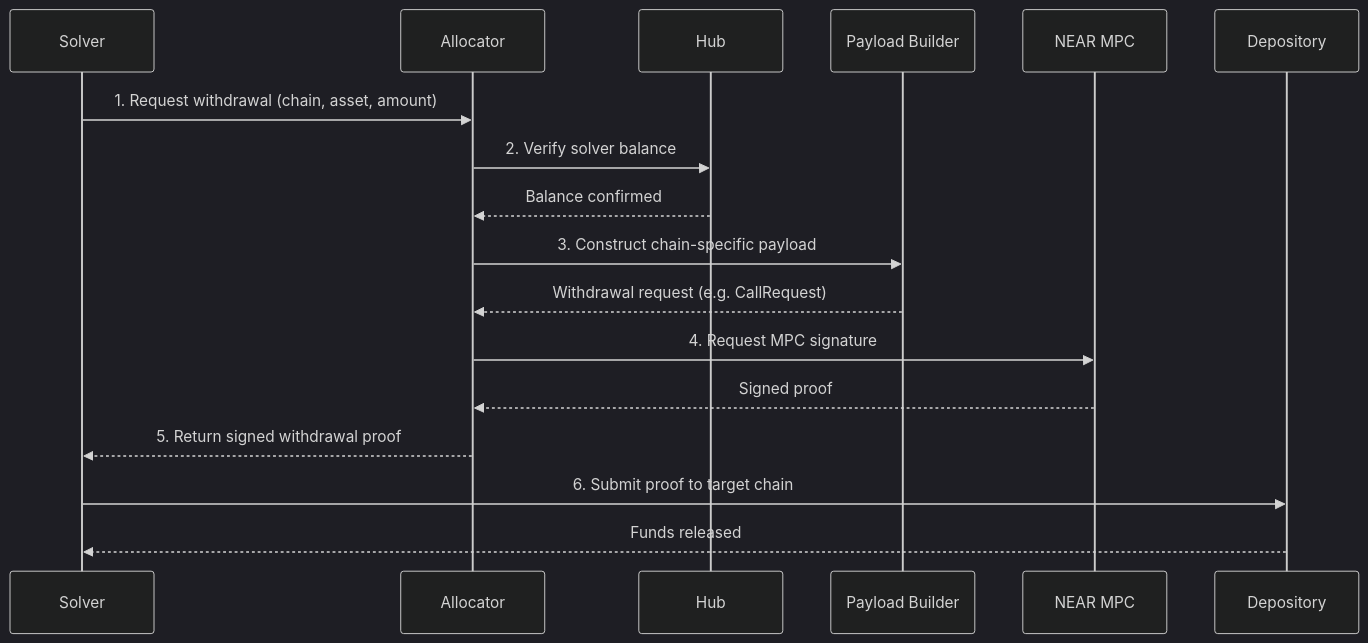
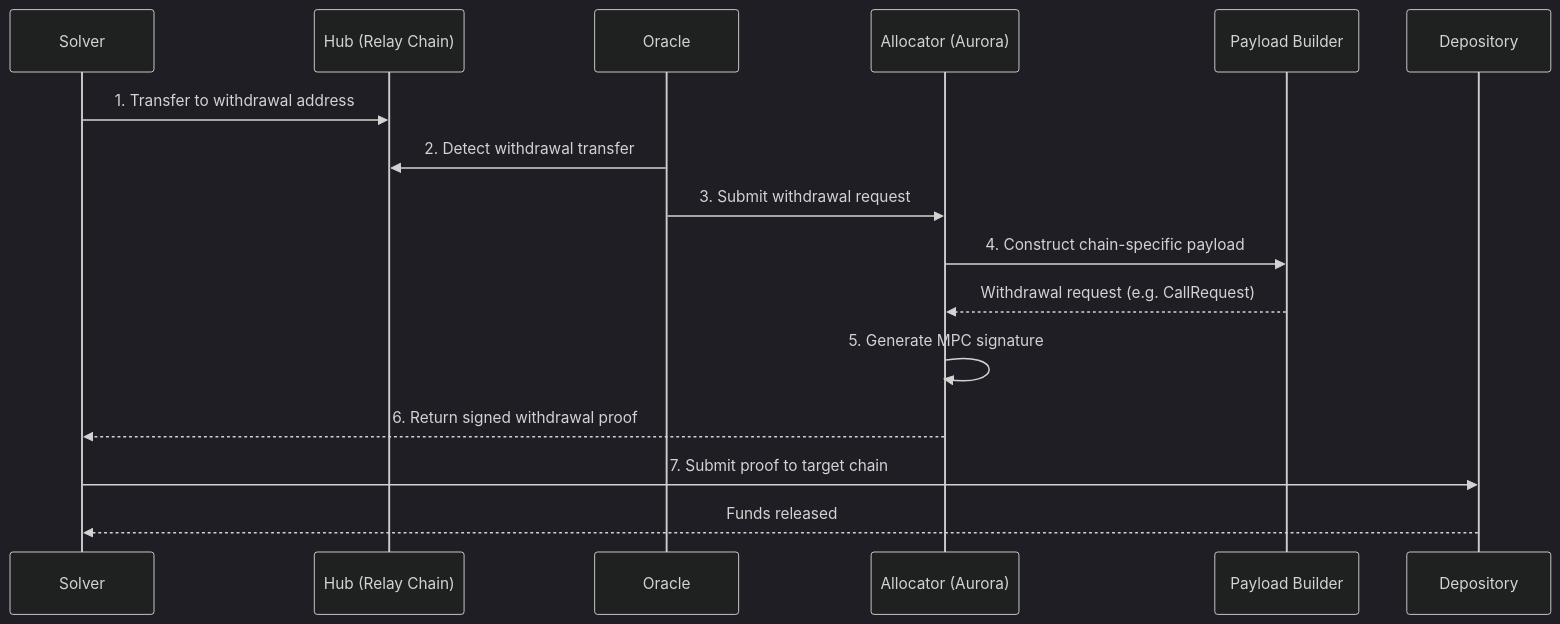
One commit to relayprotocol/relay-docs changed the diagram in references/protocol/components/allocator.mdx. Above: the diagram before and after it, drawn with Mermaid (dark theme). The commit also changed other lines of this file and 5 other files, not shown here.

First line of the commit message:
Rewrite protocol flows: pull-based Oracle, refund/forced exit, withdrawal updates

````diff
--- a/references/protocol/components/allocator.mdx
+++ b/references/protocol/components/allocator.mdx
@@ -15,20 +15,19 @@
 ```mermaid
 sequenceDiagram
     participant Solver
-    participant Allocator
-    participant Hub
+    participant Hub as Hub (Relay Chain)
+    participant Oracle
+    participant Allocator as Allocator (Aurora)
     participant PB as Payload Builder
-    participant MPC as NEAR MPC
     participant Depository
 
-    Solver->>Allocator: 1. Request withdrawal (chain, asset, amount)
-    Allocator->>Hub: 2. Verify solver balance
-    Hub-->>Allocator: Balance confirmed
-    Allocator->>PB: 3. Construct chain-specific payload
+    Solver->>Hub: 1. Transfer to withdrawal address
+    Oracle->>Hub: 2. Detect withdrawal transfer
+    Oracle->>Allocator: 3. Submit withdrawal request
+    Allocator->>PB: 4. Construct chain-specific payload
     PB-->>Allocator: Withdrawal request (e.g. CallRequest)
-    Allocator->>MPC: 4. Request MPC signature
-    MPC-->>Allocator: Signed proof
-    Allocator-->>Solver: 5. Return signed withdrawal proof
-    Solver->>Depository: 6. Submit proof to target chain
+    Allocator->>Allocator: 5. Generate MPC signature
+    Allocator-->>Solver: 6. Return signed withdrawal proof
+    Solver->>Depository: 7. Submit proof to target chain
     Depository-->>Solver: Funds released
 ```
````
